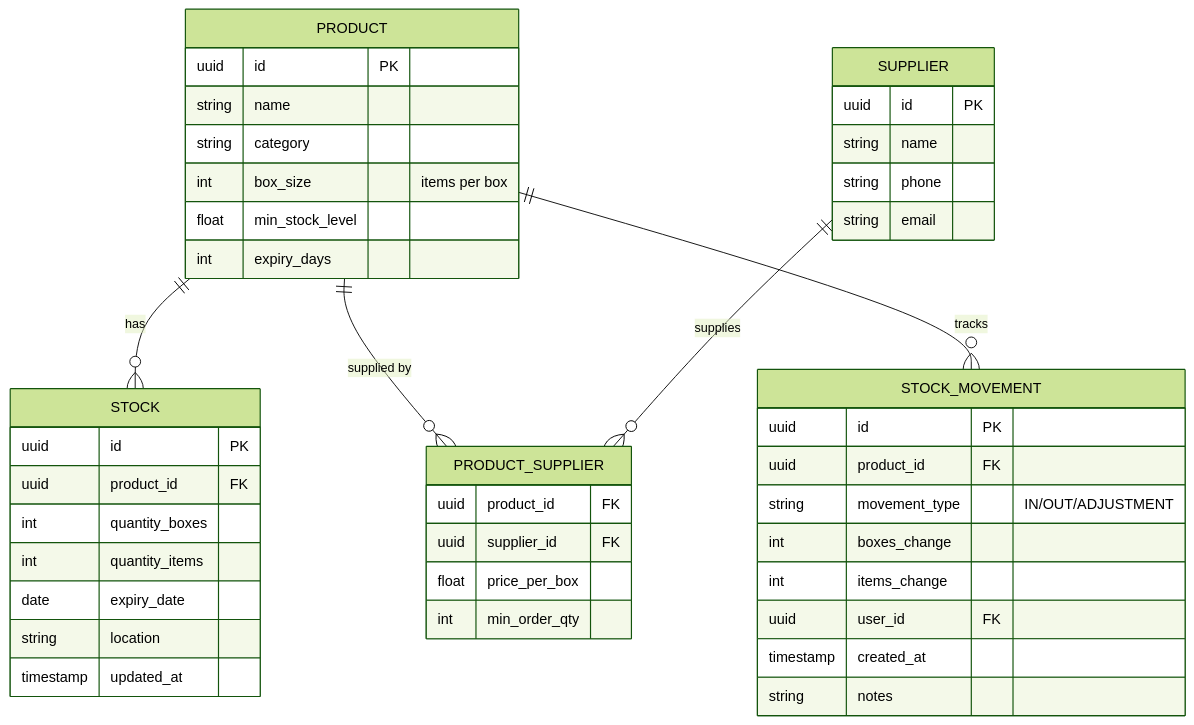
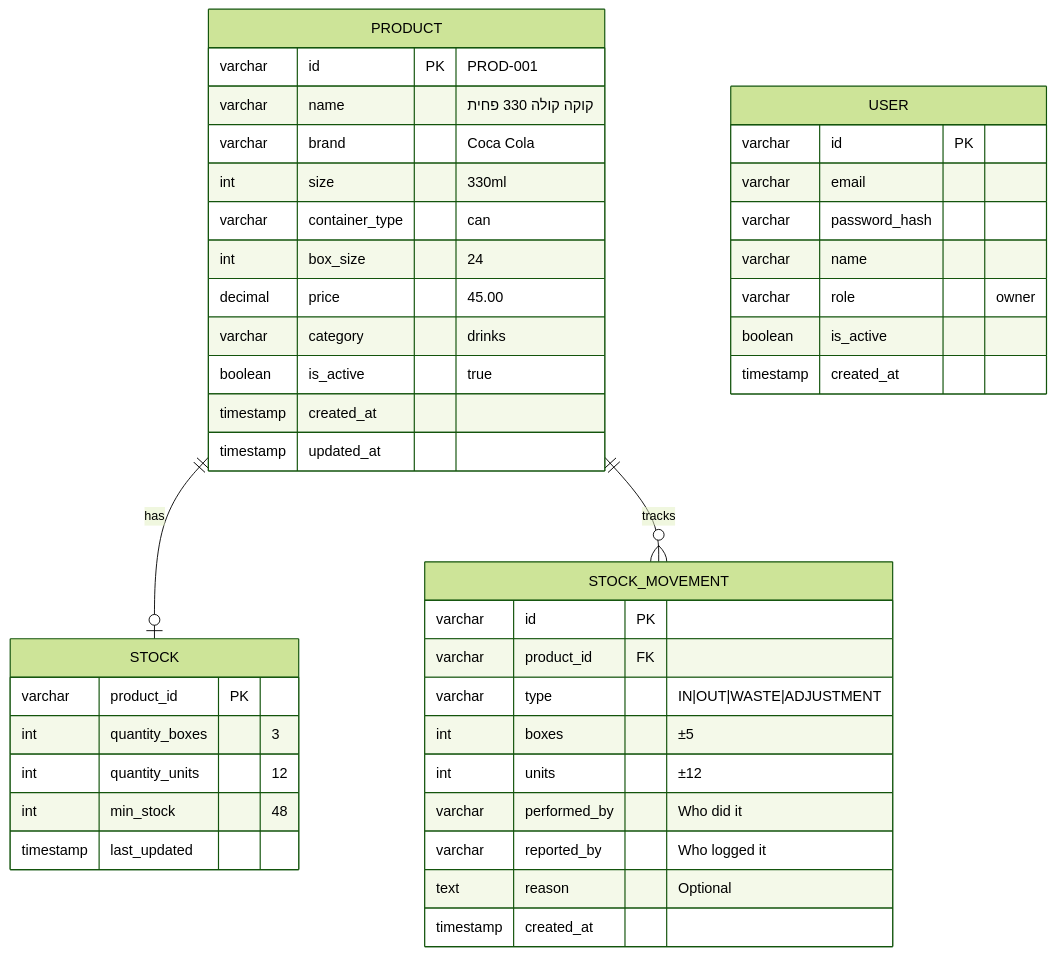
Before and after one commit to mennyaboush/restaurant-inventory-ai: the third of 3 diagrams in docs/ARCHITECTURE.md, drawn with Mermaid (forest theme). The commit also changed other lines of this file and 6 other files, not shown here.

Commit message:
docs: Align documentation with MVP implementation - simplified architecture, realistic scope

````diff
--- a/docs/ARCHITECTURE.md
+++ b/docs/ARCHITECTURE.md
@@ -89,51 +66,49 @@
 ```mermaid
 erDiagram
     PRODUCT {
-        uuid id PK
-        string name
-        string category
-        int box_size "items per box"
-        float min_stock_level
-        int expiry_days
+        varchar id PK "PROD-001"
+        varchar name "קוקה קולה 330 פחית"
+        varchar brand "Coca Cola"
+        int size "330ml"
+        varchar container_type "can"
+        int box_size "24"
+        decimal price "45.00"
+        varchar category "drinks"
+        boolean is_active "true"
+        timestamp created_at
+        timestamp updated_at
     }
     
     STOCK {
-        uuid id PK
-        uuid product_id FK
-        int quantity_boxes
-        int quantity_items
-        date expiry_date
-        string location
-        timestamp updated_at
-    }
-    
-    SUPPLIER {
-        uuid id PK
-        string name
-        string phone
-        string email
-    }
-    
-    PRODUCT_SUPPLIER {
-        uuid product_id FK
-        uuid supplier_id FK
-        float price_per_box
-        int min_order_qty
+        varchar product_id PK
+        int quantity_boxes "3"
+        int quantity_units "12"
+        int min_stock "48"
+        timestamp last_updated
     }
     
     STOCK_MOVEMENT {
-        uuid id PK
-        uuid product_id FK
-        string movement_type "IN/OUT/ADJUSTMENT"
-        int boxes_change
-        int items_change
-        uuid user_id FK
+        varchar id PK
+        varchar product_id FK
+        varchar type "IN|OUT|WASTE|ADJUSTMENT"
+        int boxes "±5"
+        int units "±12"
+        varchar performed_by "Who did it"
+        varchar reported_by "Who logged it"
+        text reason "Optional"
         timestamp created_at
-        string notes
+    }
+    
+    USER {
+        varchar id PK
+        varchar email
+        varchar password_hash
+        varchar name
+        varchar role "owner"
+        boolean is_active
+        timestamp created_at
     }
 
-    PRODUCT ||--o{ STOCK : has
-    PRODUCT ||--o{ PRODUCT_SUPPLIER : "supplied by"
-    SUPPLIER ||--o{ PRODUCT_SUPPLIER : supplies
+    PRODUCT ||--o| STOCK : has
     PRODUCT ||--o{ STOCK_MOVEMENT : tracks
 ```
````
